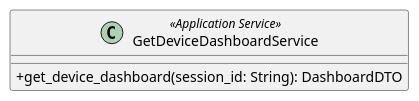
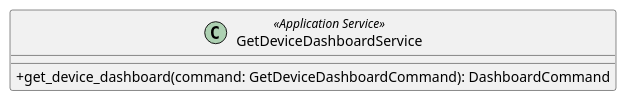
The diagram in src/PB/DocumentazioneEsterna/Specifica_Tecnica/content/uml/puml/Diagrammi_classi/Backend/ApplicationServices/GetDeviceDashboardService.puml (GroupRubberDuck/Documentazione), drawn with PlantUML before and after one commit. The commit also changed 9 other files, not shown here.

```diff
--- a/src/PB/DocumentazioneEsterna/Specifica_Tecnica/content/uml/puml/Diagrammi_classi/Backend/ApplicationServices/GetDeviceDashboardService.puml
+++ b/src/PB/DocumentazioneEsterna/Specifica_Tecnica/content/uml/puml/Diagrammi_classi/Backend/ApplicationServices/GetDeviceDashboardService.puml
@@ -1,7 +1,7 @@
 @startuml GetDeviceDashboardService
 skinparam classAttributeIconSize 0
 class GetDeviceDashboardService <<Application Service>> {
-    + get_device_dashboard(session_id: String): DashboardDTO
+    + get_device_dashboard(command: GetDeviceDashboardCommand): DashboardCommand
 }
 
 @enduml
```
